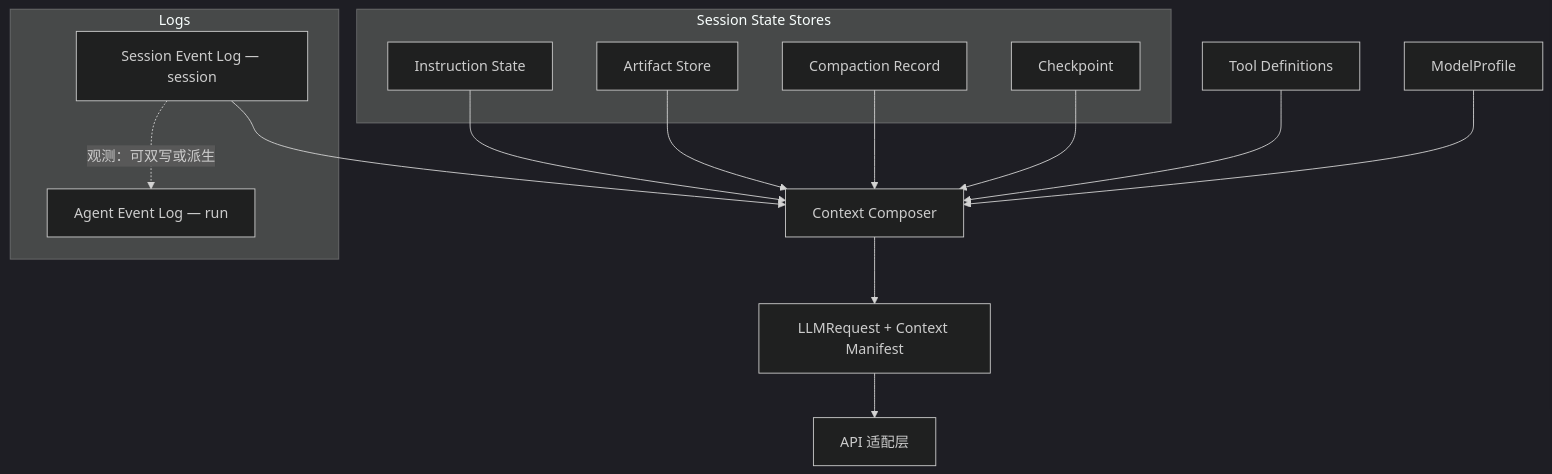
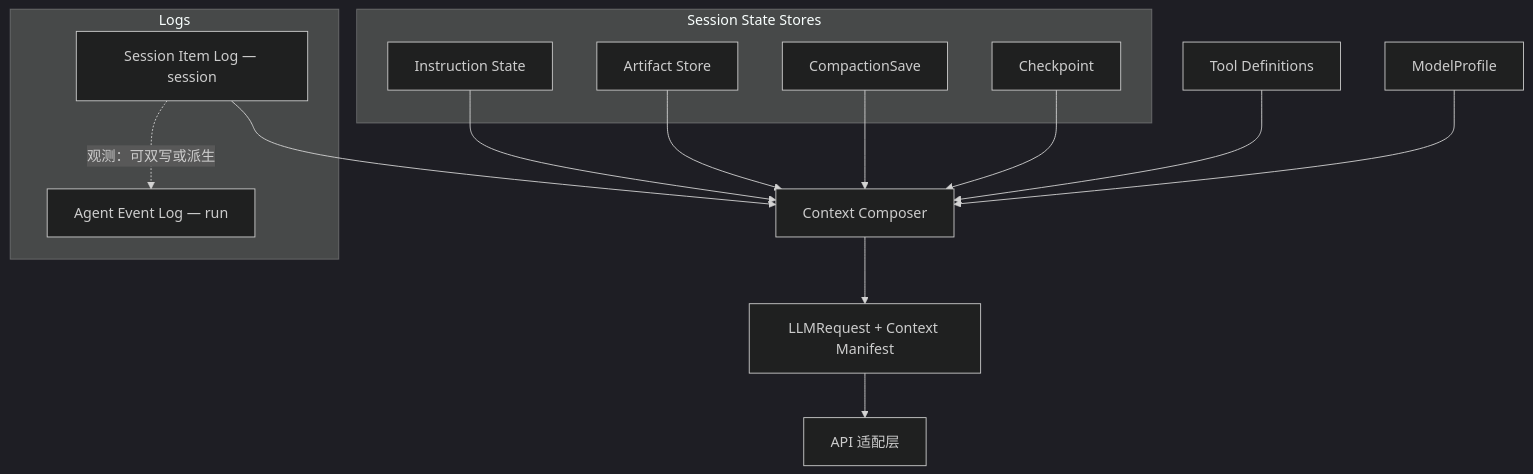
The diagram in docs/spec/context-composer.md (chendpoc/moontide), drawn with Mermaid (dark theme) before and after one commit. The commit also changed other lines of this file and 4 other files, not shown here.

First line of the commit message:
docs: Session Item Log architecture, CompactionSave, and composeContext

````diff
--- a/docs/spec/context-composer.md
+++ b/docs/spec/context-composer.md
@@ -50,31 +51,31 @@
 ```mermaid
 flowchart TB
   subgraph logs [Logs]
     AEL["Agent Event Log — run"]
-    SEL["Session Event Log — session"]
+    SEL["Session Item Log — session"]
   end
 
   subgraph SSS [Session State Stores]
     IS["Instruction State"]
     AS["Artifact Store"]
-    CR["Compaction Record"]
+    CR["CompactionSave"]
     CP["Checkpoint"]
   end
 
   TD["Tool Definitions"]
   MC["ModelProfile"]
   Composer["Context Composer"]
   Out["LLMRequest + Context Manifest"]
   Adapter["API 适配层"]
 
   SEL --> Composer
   IS --> Composer
   AS --> Composer
   CR --> Composer
   CP --> Composer
   TD --> Composer
   MC --> Composer
   Composer --> Out
   Out --> Adapter
   SEL -.->|"观测：可双写或派生"| AEL
 ```
````
